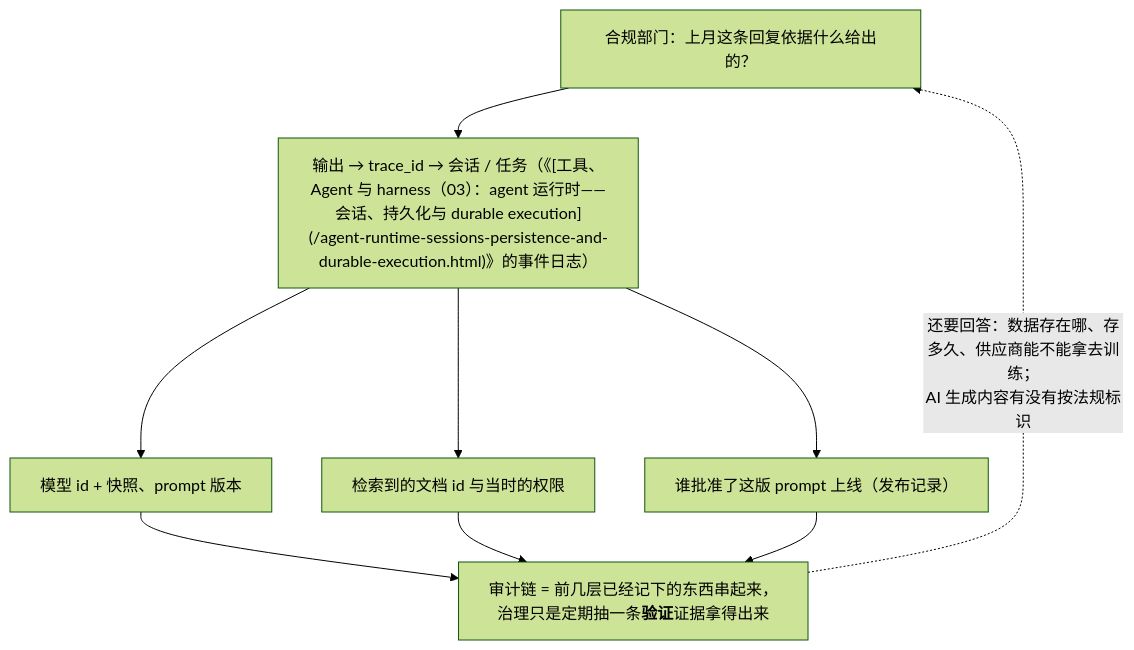
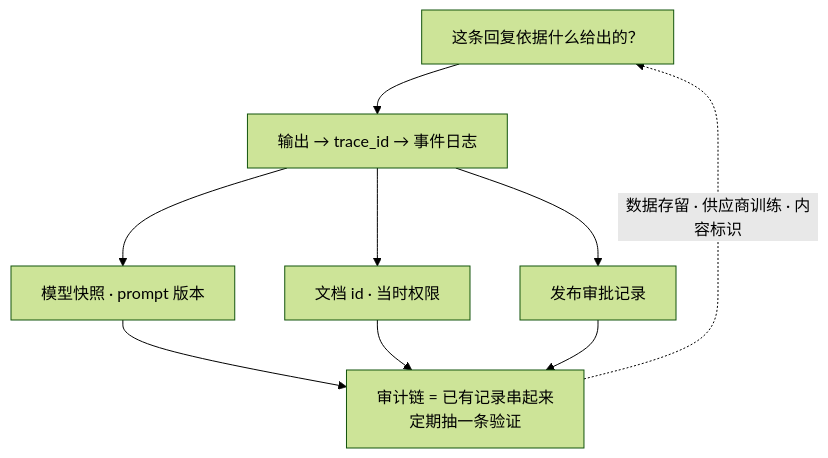
One commit to arganzheng/arganzheng.github.com changed the fifth of 7 diagrams in slides/2026-11-14-production-and-operations.md. Above: the diagram before and after it, drawn with Mermaid (forest theme). The commit also changed other lines of this file, not shown here.

Commit message:
slides/production-and-operations: cut/shorten mermaid diagrams below 14px rendered text (check-render smalltext/overlap)

````diff
--- a/slides/2026-11-14-production-and-operations.md
+++ b/slides/2026-11-14-production-and-operations.md
@@ -180,11 +180,11 @@
 ```mermaid
 %%{init: {"flowchart": {"wrappingWidth": 300}}}%%
 flowchart TB
-    Q["合规部门：上月这条回复依据什么给出的？"] --> O["输出 → trace_id → 会话 / 任务（《[工具、Agent 与 harness（03）：agent 运行时——会话、持久化与 durable execution](/agent-runtime-sessions-persistence-and-durable-execution.html)》的事件日志）"]
-    O --> M["模型 id + 快照、prompt 版本"]
-    O --> R["检索到的文档 id 与当时的权限"]
-    O --> A["谁批准了这版 prompt 上线（发布记录）"]
-    M & R & A --> E["审计链 = 前几层已经记下的东西串起来，<br/>治理只是定期抽一条<b>验证</b>证据拿得出来"]
-    E -. "还要回答：数据存在哪、存多久、供应商能不能拿去训练；<br/>AI 生成内容有没有按法规标识" .-> Q
+    Q["这条回复依据什么给出的？"] --> O["输出 → trace_id → 事件日志"]
+    O --> M["模型快照 · prompt 版本"]
+    O --> R["文档 id · 当时权限"]
+    O --> A["发布审批记录"]
+    M & R & A --> E["审计链 = 已有记录串起来<br/>定期抽一条验证"]
+    E -. "数据存留 · 供应商训练 · 内容标识" .-> Q
 
 ```
````
